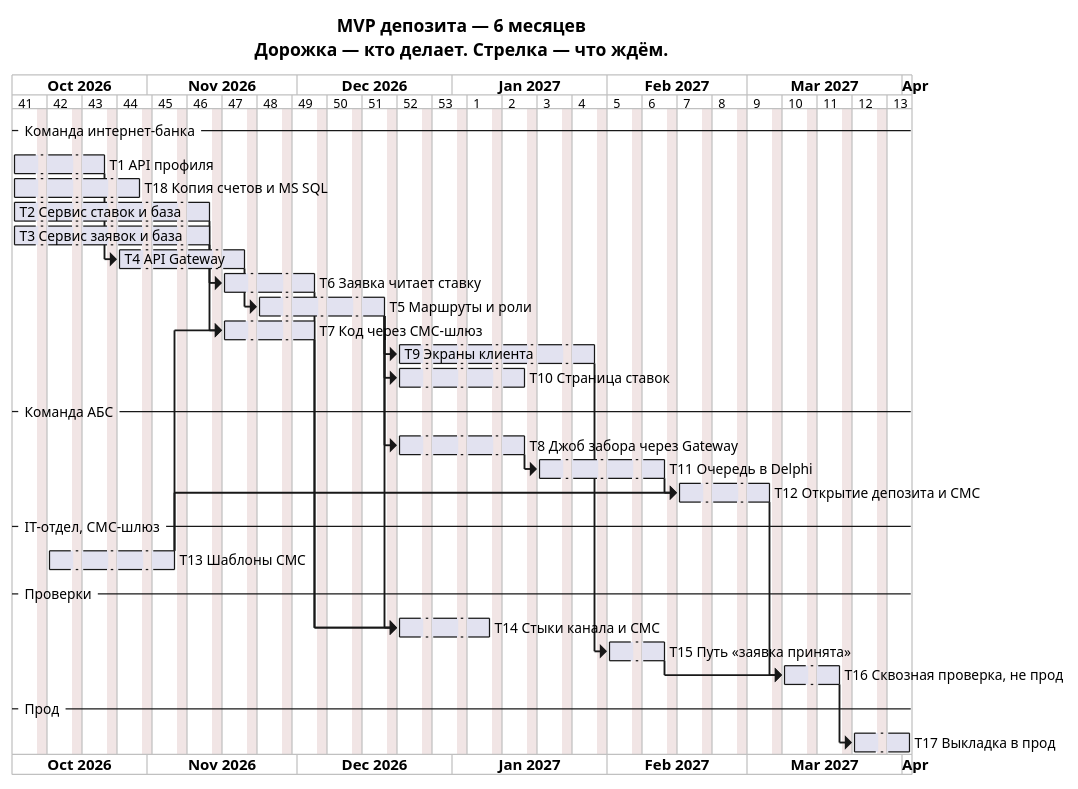
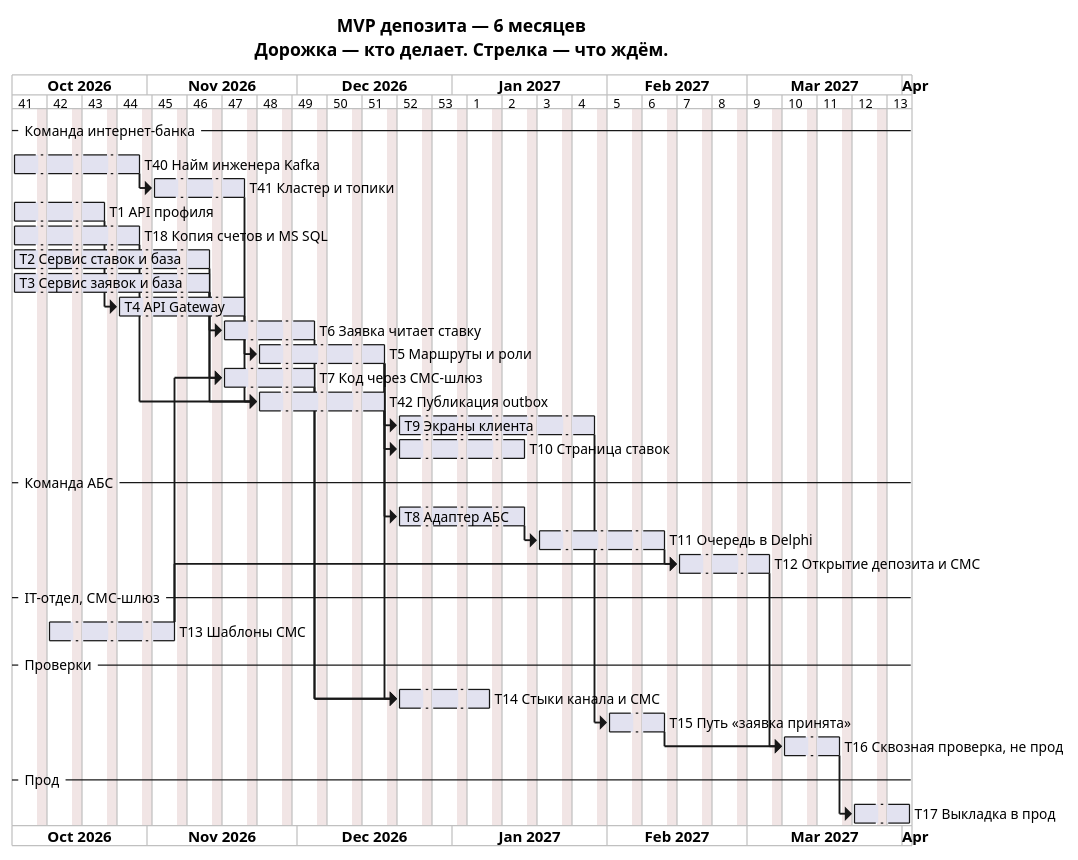
The diagram in Task3/c4/05-roadmap-6m.puml (Dima-Karpov/architecture-pro-standart), drawn with PlantUML before and after one commit. The commit also changed 26 other files, not shown here.

```diff
--- a/Task3/c4/05-roadmap-6m.puml
+++ b/Task3/c4/05-roadmap-6m.puml
@@ -1,42 +1,47 @@
 @startgantt
 title MVP депозита — 6 месяцев\nДорожка — кто делает. Стрелка — что ждём.
 
 printscale weekly
 Project starts 2026-10-05
 saturday are closed
 sunday are closed
 
 -- Команда интернет-банка --
+[T40 Найм инженера Kafka] lasts 4 weeks
+[T41 Кластер и топики] starts at [T40 Найм инженера Kafka]'s end and lasts 3 weeks
 [T1 API профиля] lasts 3 weeks
 [T18 Копия счетов и MS SQL] lasts 4 weeks
 [T2 Сервис ставок и база] lasts 6 weeks
 [T3 Сервис заявок и база] lasts 6 weeks
 [T4 API Gateway] starts at [T1 API профиля]'s end and lasts 4 weeks
 [T6 Заявка читает ставку] starts at [T2 Сервис ставок и база]'s end and lasts 3 weeks
 [T5 Маршруты и роли] starts at [T4 API Gateway]'s end and lasts 4 weeks
 [T7 Код через СМС-шлюз] starts at [T3 Сервис заявок и база]'s end and lasts 3 weeks
+[T42 Публикация outbox] starts at [T41 Кластер и топики]'s end and lasts 4 weeks
 [T9 Экраны клиента] starts at [T5 Маршруты и роли]'s end and lasts 6 weeks
 [T10 Страница ставок] starts at [T5 Маршруты и роли]'s end and lasts 4 weeks
 
 -- Команда АБС --
-[T8 Джоб забора через Gateway] starts at [T5 Маршруты и роли]'s end and lasts 4 weeks
-[T11 Очередь в Delphi] starts at [T8 Джоб забора через Gateway]'s end and lasts 4 weeks
+[T8 Адаптер АБС] starts at [T42 Публикация outbox]'s end and lasts 4 weeks
+[T11 Очередь в Delphi] starts at [T8 Адаптер АБС]'s end and lasts 4 weeks
 [T12 Открытие депозита и СМС] starts at [T11 Очередь в Delphi]'s end and lasts 3 weeks
 
 -- IT-отдел, СМС-шлюз --
 [T13 Шаблоны СМС] starts 2026-10-12 and lasts 4 weeks
 
 -- Проверки --
 [T14 Стыки канала и СМС] starts at [T5 Маршруты и роли]'s end and lasts 3 weeks
 [T15 Путь «заявка принята»] starts at [T9 Экраны клиента]'s end and lasts 2 weeks
 [T16 Сквозная проверка, не прод] starts at [T12 Открытие депозита и СМС]'s end and lasts 2 weeks
 
 -- Прод --
 [T17 Выкладка в прод] starts at [T16 Сквозная проверка, не прод]'s end and lasts 2 weeks
 
+[T42 Публикация outbox] starts at [T3 Сервис заявок и база]'s end
+[T42 Публикация outbox] starts at [T18 Копия счетов и MS SQL]'s end
 [T7 Код через СМС-шлюз] starts at [T13 Шаблоны СМС]'s end
 [T12 Открытие депозита и СМС] starts at [T13 Шаблоны СМС]'s end
 [T14 Стыки канала и СМС] starts at [T7 Код через СМС-шлюз]'s end
 [T14 Стыки канала и СМС] starts at [T6 Заявка читает ставку]'s end
 [T16 Сквозная проверка, не прод] starts at [T15 Путь «заявка принята»]'s end
 @endgantt
```
